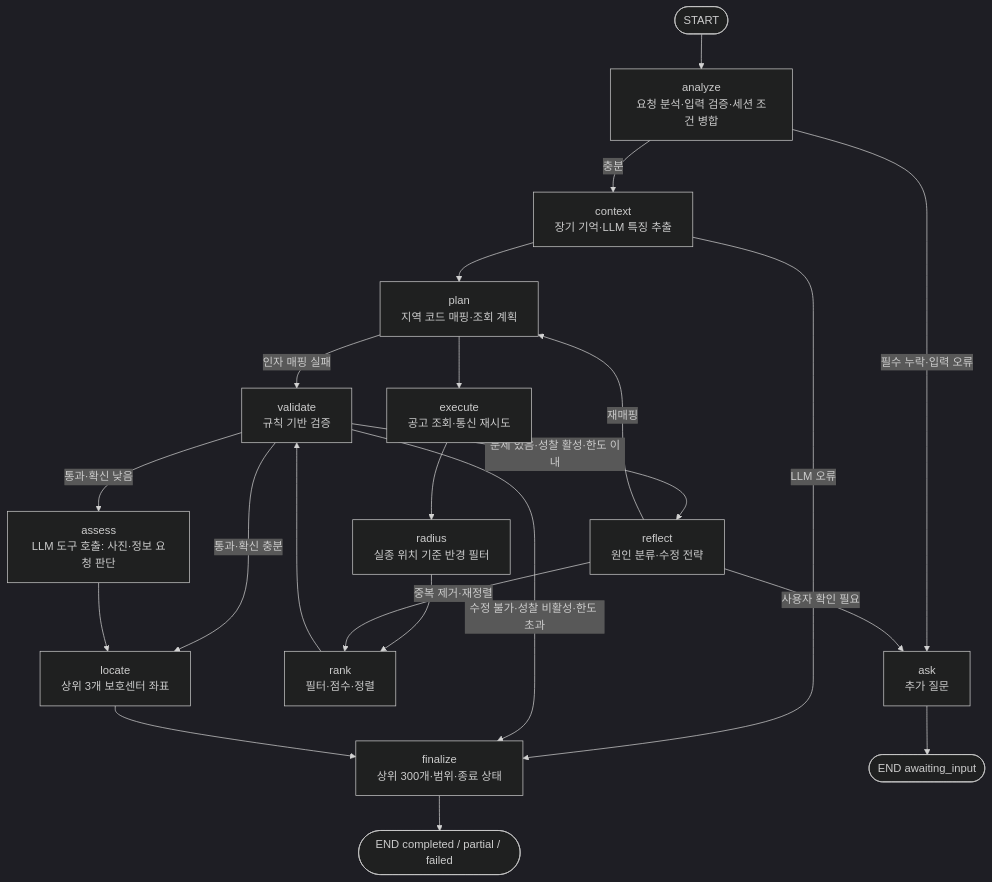
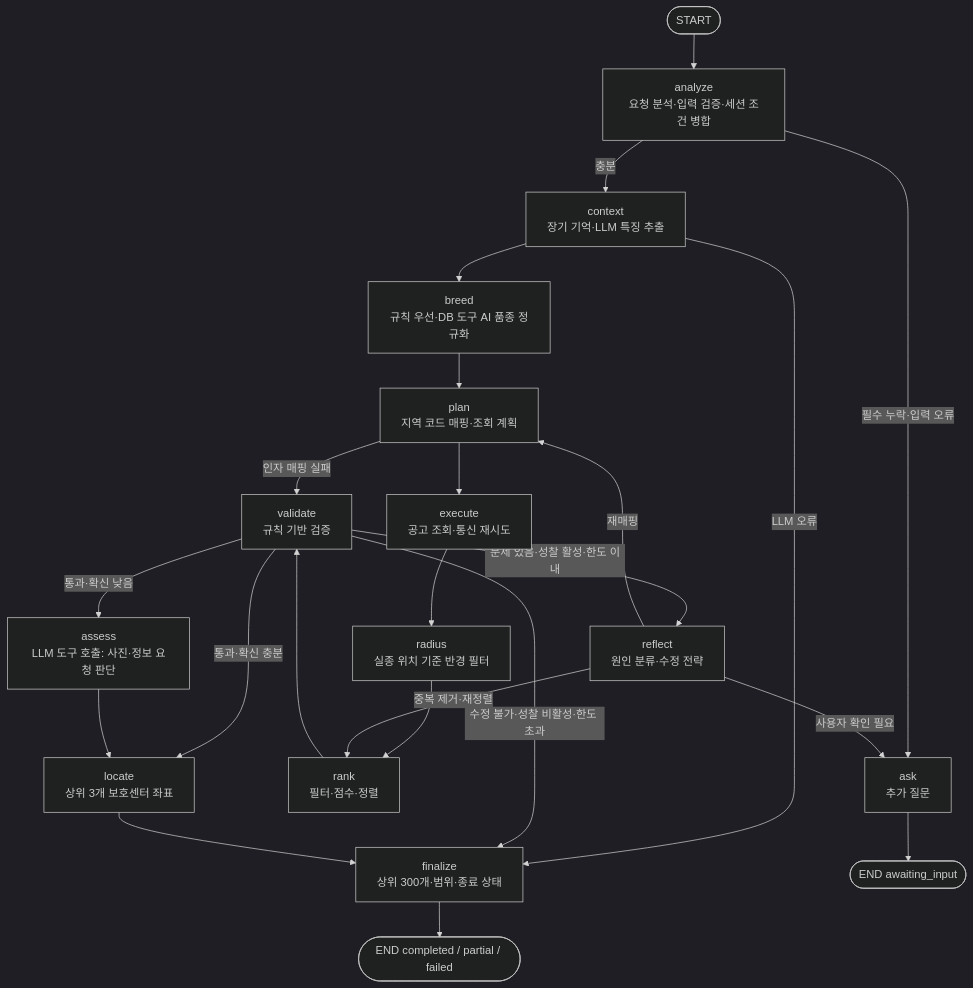
One commit to aio-03-p2-team1/aio-03-p2-team1 changed the first of 3 diagrams in docs/architecture.md. Above: the diagram before and after it, drawn with Mermaid (dark theme). The commit also changed other lines of this file and 18 other files, not shown here.

````diff
--- a/docs/architecture.md
+++ b/docs/architecture.md
@@ -28,24 +28,25 @@
 ```mermaid
 flowchart TD
   S([START]) --> A[analyze<br/>요청 분석·입력 검증·세션 조건 병합]
   A -- 필수 누락·입력 오류 --> Q[ask<br/>추가 질문]
   A -- 충분 --> C[context<br/>장기 기억·LLM 특징 추출]
   C -- LLM 오류 --> F
-  C --> P[plan<br/>지역 코드 매핑·조회 계획]
+  C --> B[breed<br/>규칙 우선·DB 도구 AI 품종 정규화]
+  B --> P[plan<br/>지역 코드 매핑·조회 계획]
   P -- 인자 매핑 실패 --> V
   P --> E[execute<br/>공고 조회·통신 재시도]
   E --> RD[radius<br/>실종 위치 기준 반경 필터]
   RD --> R[rank<br/>필터·점수·정렬]
   R --> V[validate<br/>규칙 기반 검증]
   V -- 문제 있음·성찰 활성·한도 이내 --> X[reflect<br/>원인 분류·수정 전략]
   X -- 재매핑 --> P
   X -- 중복 제거·재정렬 --> R
   X -- 사용자 확인 필요 --> Q
   V -- 통과·확신 충분 --> L[locate<br/>상위 3개 보호센터 좌표]
   V -- 통과·확신 낮음 --> AS[assess<br/>LLM 도구 호출: 사진·정보 요청 판단]
   AS --> L
   V -- 수정 불가·성찰 비활성·한도 초과 --> F
   L --> F[finalize<br/>상위 300개·범위·종료 상태]
   Q --> END1([END awaiting_input])
   F --> END2([END completed / partial / failed])
 ```
````
